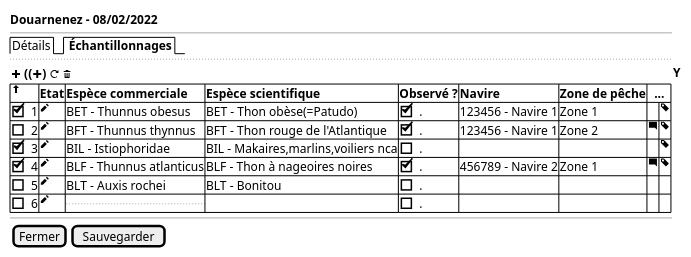
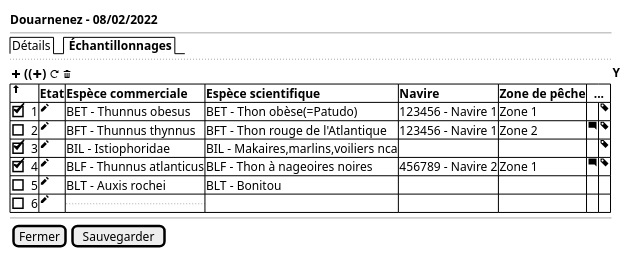
One commit to sumaris-net/sumaris-doc changed the diagram in projects/obsvente/spe/images/landings-table-outremer.puml. Above: the diagram before and after it, drawn with PlantUML. The commit also changed 5 other files, not shown here.

```diff
--- a/projects/obsvente/spe/images/landings-table-outremer.puml
+++ b/projects/obsvente/spe/images/landings-table-outremer.puml
@@ -1,24 +1,24 @@
 @startsalt
 {
   <b>Douarnenez - 08/02/2022
   --
   {/  Détails | <b> Échantillonnages}
   ..
 
   { <&plus> <b>((<&plus>) <&reload> <&trash> } | <b>Y
 	{#
-      <&arrow-thick-top> | <b>Etat | <b>Espèce commerciale | <b>Espèce scientifique  | <b>Observé ? | <b>Navire | <b>Zone de pêche|  <b>  ... | *
-      [X] 1 | <&pencil> |  BET - Thunnus obesus | BET - Thon obèse(=Patudo) | [X]. | 123456 - Navire 1 | Zone 1 |  . | <&tag>
-      [] 2 |<&pencil>  | BFT - Thunnus thynnus | BFT - Thon rouge de l'Atlantique |  [X]. | 123456 - Navire 1 | Zone 2 |  <&comment-square> | <&tag>
-      [X] 3 |<&pencil>  | BIL - Istiophoridae | BIL - Makaires,marlins,voiliers nca | [ ]. | . | . |  . | <&tag>
-      [X] 4 |<&pencil>  | BLF - Thunnus atlanticus | BLF - Thon à nageoires noires | [X]. | 456789 - Navire 2 | Zone 1 |  <&comment-square> | <&tag>
-      [] 5 |<&pencil>  | BLT - Auxis rochei | BLT - Bonitou | [ ] . | . | . | . | .
-      [] 6 | <&pencil>  | ... | . | [ ] . | . | . | . | .
+      <&arrow-thick-top> | <b>Etat | <b>Espèce commerciale | <b>Espèce scientifique   | <b>Navire | <b>Zone de pêche|  <b>  ... | *
+      [X] 1 | <&pencil> |  BET - Thunnus obesus | BET - Thon obèse(=Patudo) |  123456 - Navire 1 | Zone 1 |  . | <&tag>
+      [] 2 |<&pencil>  | BFT - Thunnus thynnus | BFT - Thon rouge de l'Atlantique  | 123456 - Navire 1 | Zone 2 |  <&comment-square> | <&tag>
+      [X] 3 |<&pencil>  | BIL - Istiophoridae | BIL - Makaires,marlins,voiliers nca  | . | . |  . | <&tag>
+      [X] 4 |<&pencil>  | BLF - Thunnus atlanticus | BLF - Thon à nageoires noires  | 456789 - Navire 2 | Zone 1 |  <&comment-square> | <&tag>
+      [] 5 |<&pencil>  | BLT - Auxis rochei | BLT - Bonitou |  . | . | . | .
+      [] 6 | <&pencil>  | ... | . |  . | . | . | .
     }
   --
 
   {
     [Fermer] | [Sauvegarder]
   }
 }
 @endsalt
```
